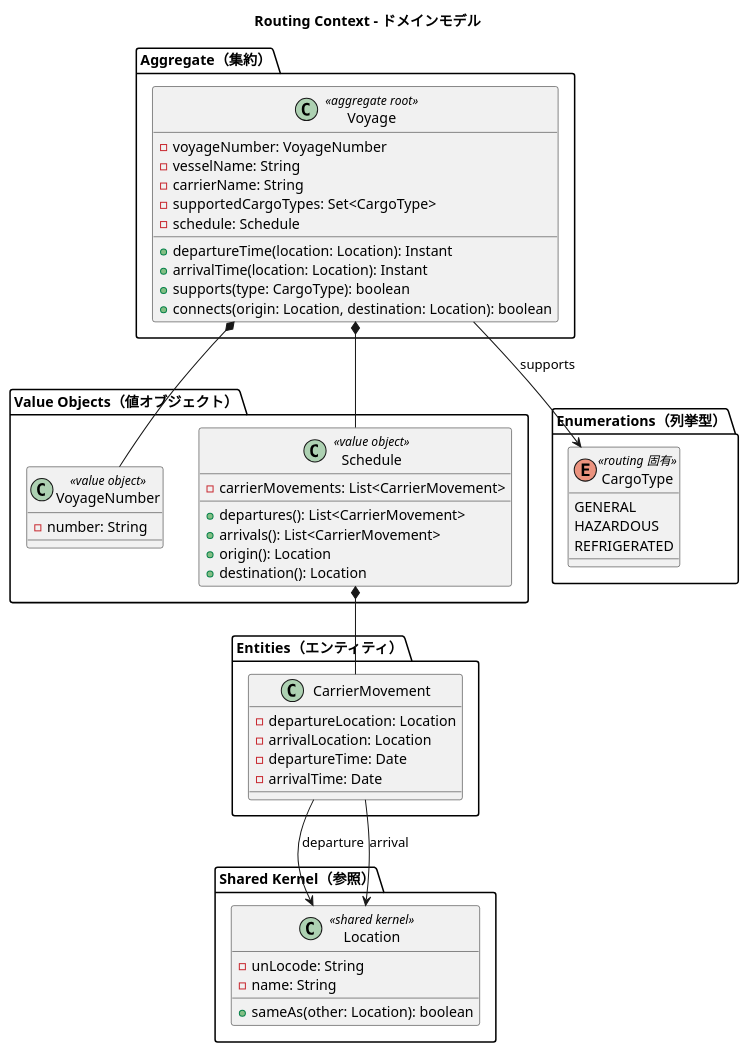
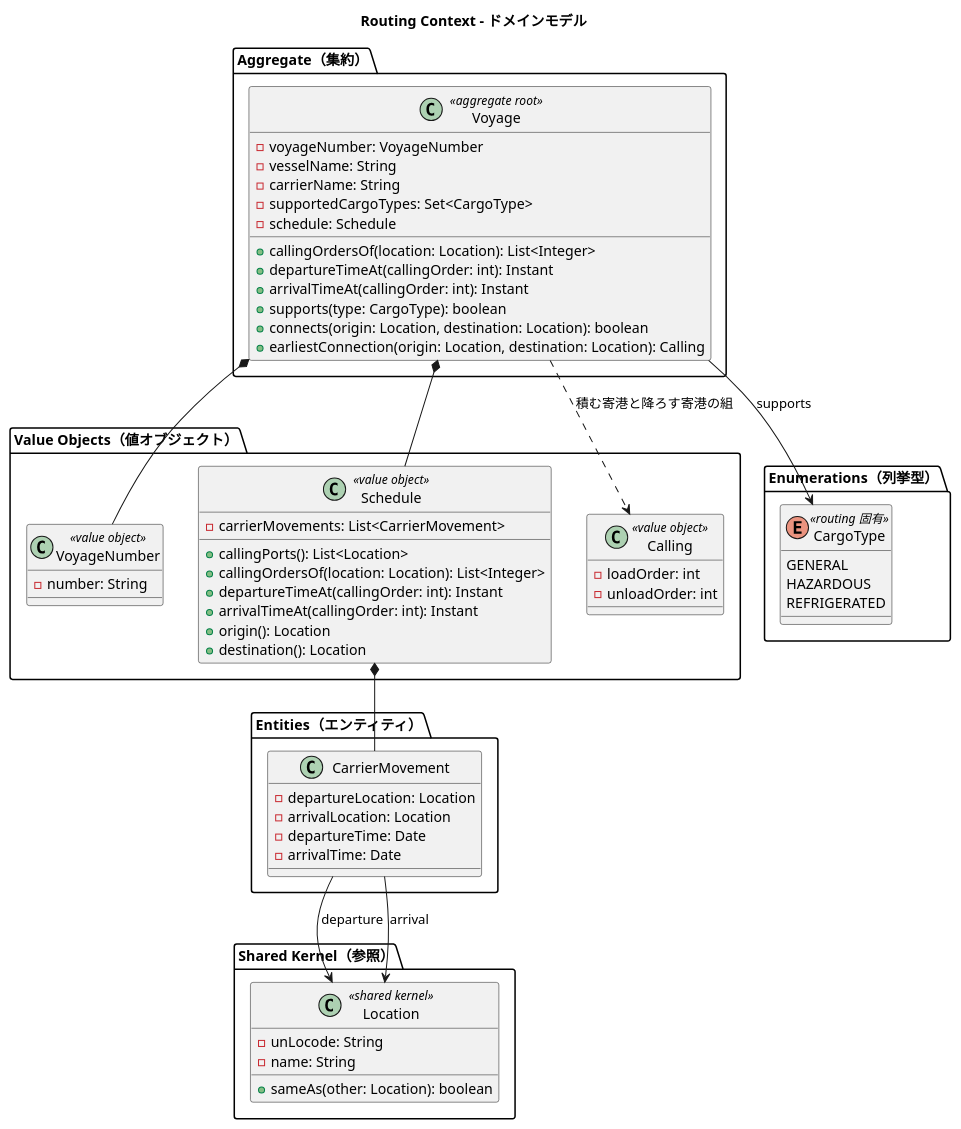
Before and after one commit to k2works/case-study-cargo-tracker: the fifth of 10 diagrams in docs/design/domain-model.md, drawn with PlantUML. The commit also changed other lines of this file and 3 other files, not shown here.

````diff
--- a/docs/design/domain-model.md
+++ b/docs/design/domain-model.md
@@ -679,65 +679,74 @@
 ```plantuml
 @startuml
 title Routing Context - ドメインモデル
 
 package "Aggregate（集約）" {
   class Voyage <<aggregate root>> {
     -voyageNumber: VoyageNumber
     -vesselName: String
     -carrierName: String
     -supportedCargoTypes: Set<CargoType>
     -schedule: Schedule
-    +departureTime(location: Location): Instant
-    +arrivalTime(location: Location): Instant
+    +callingOrdersOf(location: Location): List<Integer>
+    +departureTimeAt(callingOrder: int): Instant
+    +arrivalTimeAt(callingOrder: int): Instant
     +supports(type: CargoType): boolean
     +connects(origin: Location, destination: Location): boolean
+    +earliestConnection(origin: Location, destination: Location): Calling
   }
 }
 
 package "Value Objects（値オブジェクト）" {
   class VoyageNumber <<value object>> {
     -number: String
   }
   class Schedule <<value object>> {
     -carrierMovements: List<CarrierMovement>
-    +departures(): List<CarrierMovement>
-    +arrivals(): List<CarrierMovement>
+    +callingPorts(): List<Location>
+    +callingOrdersOf(location: Location): List<Integer>
+    +departureTimeAt(callingOrder: int): Instant
+    +arrivalTimeAt(callingOrder: int): Instant
     +origin(): Location
     +destination(): Location
+  }
+  class Calling <<value object>> {
+    -loadOrder: int
+    -unloadOrder: int
   }
 }
 
 package "Enumerations（列挙型）" {
   enum CargoType <<routing 固有>> {
     GENERAL
     HAZARDOUS
     REFRIGERATED
   }
 }
 
 package "Entities（エンティティ）" {
   class CarrierMovement {
     -departureLocation: Location
     -arrivalLocation: Location
     -departureTime: Date
     -arrivalTime: Date
   }
 }
 
 package "Shared Kernel（参照）" {
   class Location <<shared kernel>> {
     -unLocode: String
     -name: String
     +sameAs(other: Location): boolean
   }
 }
 
 Voyage *-- VoyageNumber
 Voyage *-- Schedule
+Voyage ..> Calling : 積む寄港と降ろす寄港の組
 Schedule *-- CarrierMovement
 CarrierMovement --> Location : departure
 CarrierMovement --> Location : arrival
 Voyage --> CargoType : supports
 
 @enduml
 ```
````
